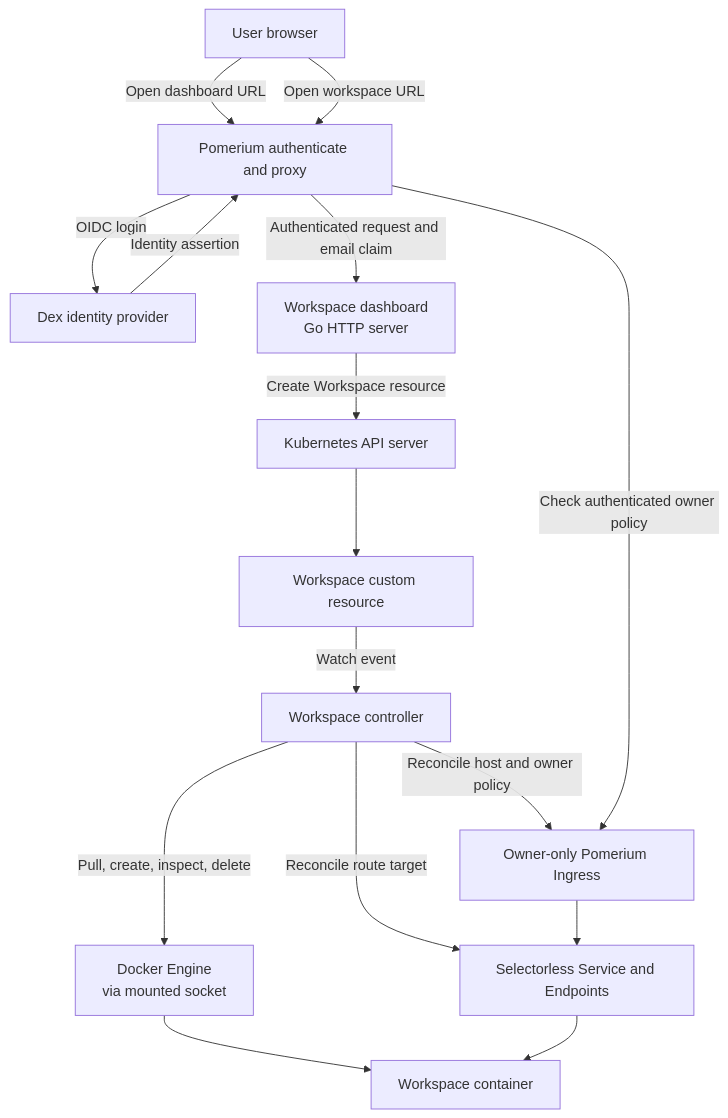
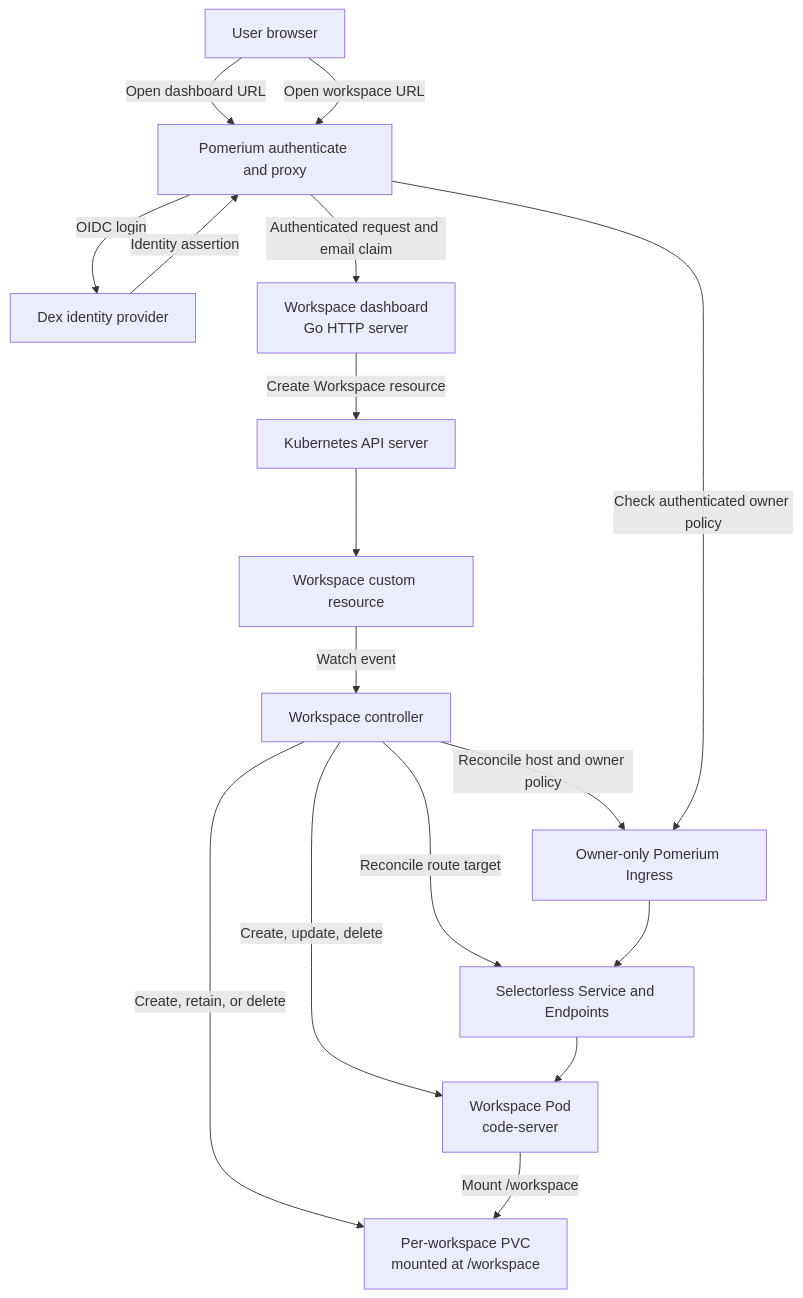
Before and after one commit to Utkarsh2801/code-workspaces: the diagram in README.md, drawn with Mermaid. The commit also changed other lines of this file and 2 other files, not shown here.

Commit message:
docs: document Kubernetes pod and PVC architecture

````diff
--- a/README.md
+++ b/README.md
@@ -16,30 +17,31 @@
 ```mermaid
 flowchart TD
     Browser[User browser]
     Dex[Dex identity provider]
     Pomerium[Pomerium authenticate and proxy]
     Dashboard[Workspace dashboard<br/>Go HTTP server]
     KubeAPI[Kubernetes API server]
     CRD[Workspace custom resource]
     Controller[Workspace controller]
-    Docker[Docker Engine<br/>via mounted socket]
-    Container[Workspace container]
+    Pod[Workspace Pod<br/>code-server]
+    PVC[Per-workspace PVC<br/>mounted at /workspace]
     Service[Selectorless Service and Endpoints]
     Ingress[Owner-only Pomerium Ingress]
 
     Browser -->|Open dashboard URL| Pomerium
     Pomerium -->|OIDC login| Dex
     Dex -->|Identity assertion| Pomerium
     Pomerium -->|Authenticated request and email claim| Dashboard
     Dashboard -->|Create Workspace resource| KubeAPI
     KubeAPI --> CRD
     CRD -->|Watch event| Controller
-    Controller -->|Pull, create, inspect, delete| Docker
-    Docker --> Container
+    Controller -->|Create, update, delete| Pod
+    Controller -->|Create, retain, or delete| PVC
+    Pod -->|Mount /workspace| PVC
     Controller -->|Reconcile route target| Service
     Controller -->|Reconcile host and owner policy| Ingress
     Browser -->|Open workspace URL| Pomerium
     Pomerium -->|Check authenticated owner policy| Ingress
     Ingress --> Service
-    Service --> Container
+    Service --> Pod
 ```
````
